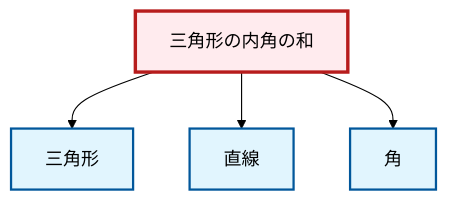
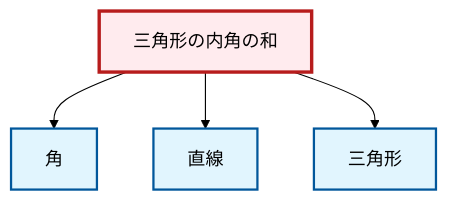
The diagram in output/mermaid/ja/thm-angle-sum-triangle.mermaid (RK0429/ModernMath), drawn with Mermaid (forest theme) before and after one commit. The commit also changed other lines of this file and 1718 other files, not shown here.

```diff
--- a/output/mermaid/ja/thm-angle-sum-triangle.mermaid
+++ b/output/mermaid/ja/thm-angle-sum-triangle.mermaid
@@ -1,14 +1,14 @@
 graph TD
     classDef definition fill:#e1f5fe,stroke:#01579b,stroke-width:2px
     classDef theorem fill:#f3e5f5,stroke:#4a148c,stroke-width:2px
     classDef axiom fill:#fff3e0,stroke:#e65100,stroke-width:2px
     classDef example fill:#e8f5e9,stroke:#1b5e20,stroke-width:2px
     classDef current fill:#ffebee,stroke:#b71c1c,stroke-width:3px
     def-triangle["三角形"]:::definition
     def-line["直線"]:::definition
     def-angle["角"]:::definition
     thm-angle-sum-triangle["三角形の内角の和"]:::theorem
+    thm-angle-sum-triangle --> def-angle
+    thm-angle-sum-triangle --> def-line
     thm-angle-sum-triangle --> def-triangle
-    thm-angle-sum-triangle --> def-line
-    thm-angle-sum-triangle --> def-angle
     class thm-angle-sum-triangle current
```
